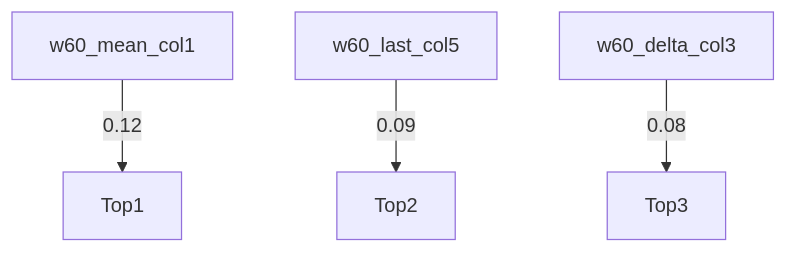
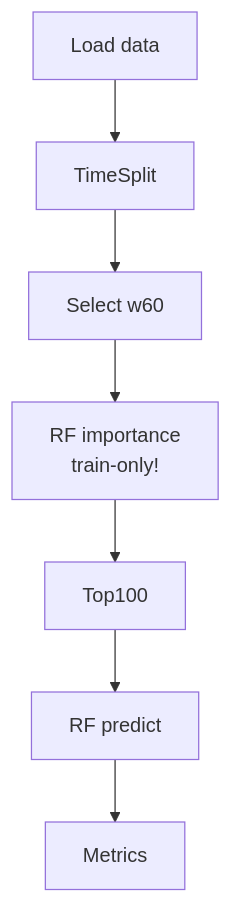
The fifth of 6 diagrams in experiments/soda-ml-nir_targetB_v6/README.md (Misha-42/soda-ml-carbonation-control), drawn with Mermaid before and after one commit. The commit also changed other lines of this file, not shown here.

````diff
--- a/experiments/soda-ml-nir_targetB_v6/README.md
+++ b/experiments/soda-ml-nir_targetB_v6/README.md
@@ -144,6 +92,9 @@
 ```mermaid
-graph TD
-    A[w60_mean_col1] -->|0.12| B[Top1]
-    C[w60_last_col5] -->|0.09| D[Top2]
-    E[w60_delta_col3] -->|0.08| F[Top3]
+    graph TB
+        A[Load data] --> B[TimeSplit]
+        B --> C[Select w60]
+        C --> D[RF importance<br/>train-only!]
+        D --> E[Top100]
+        E --> F[RF predict]
+        F --> G[Metrics]
 ```
````
